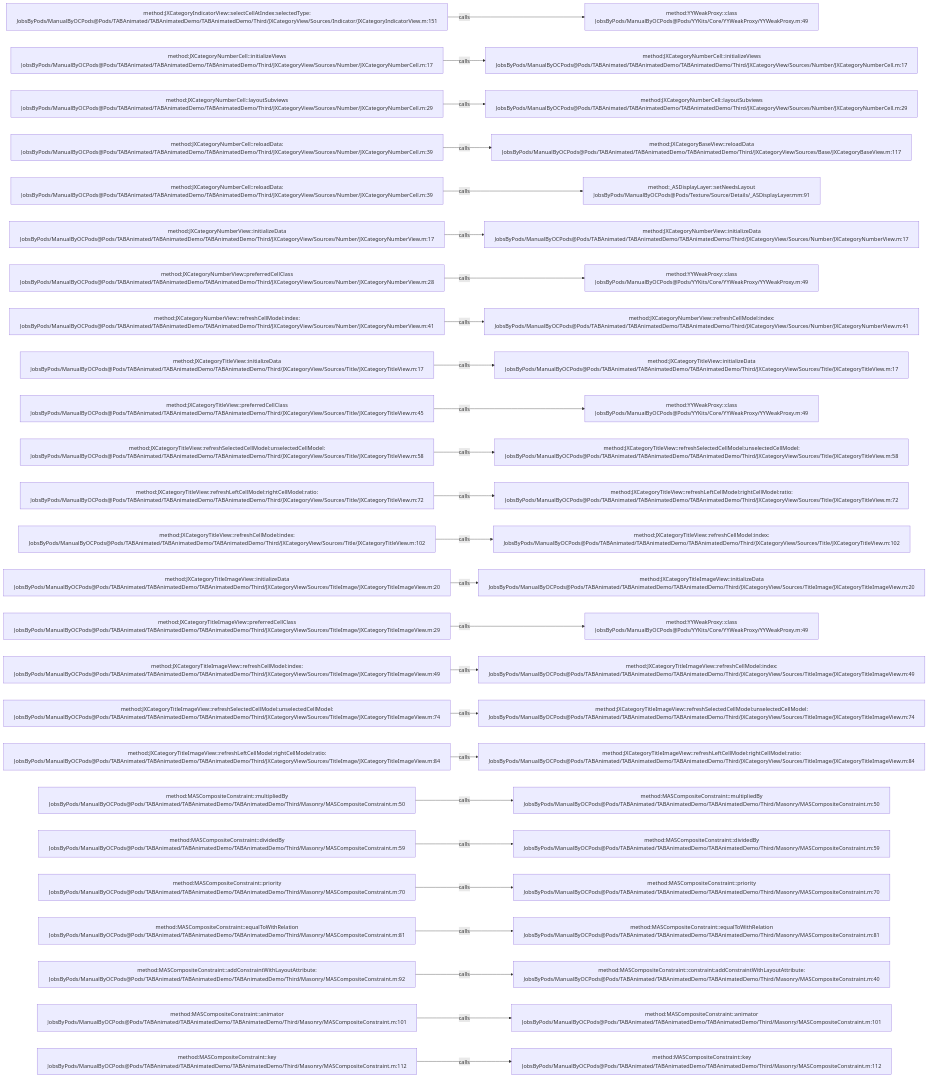
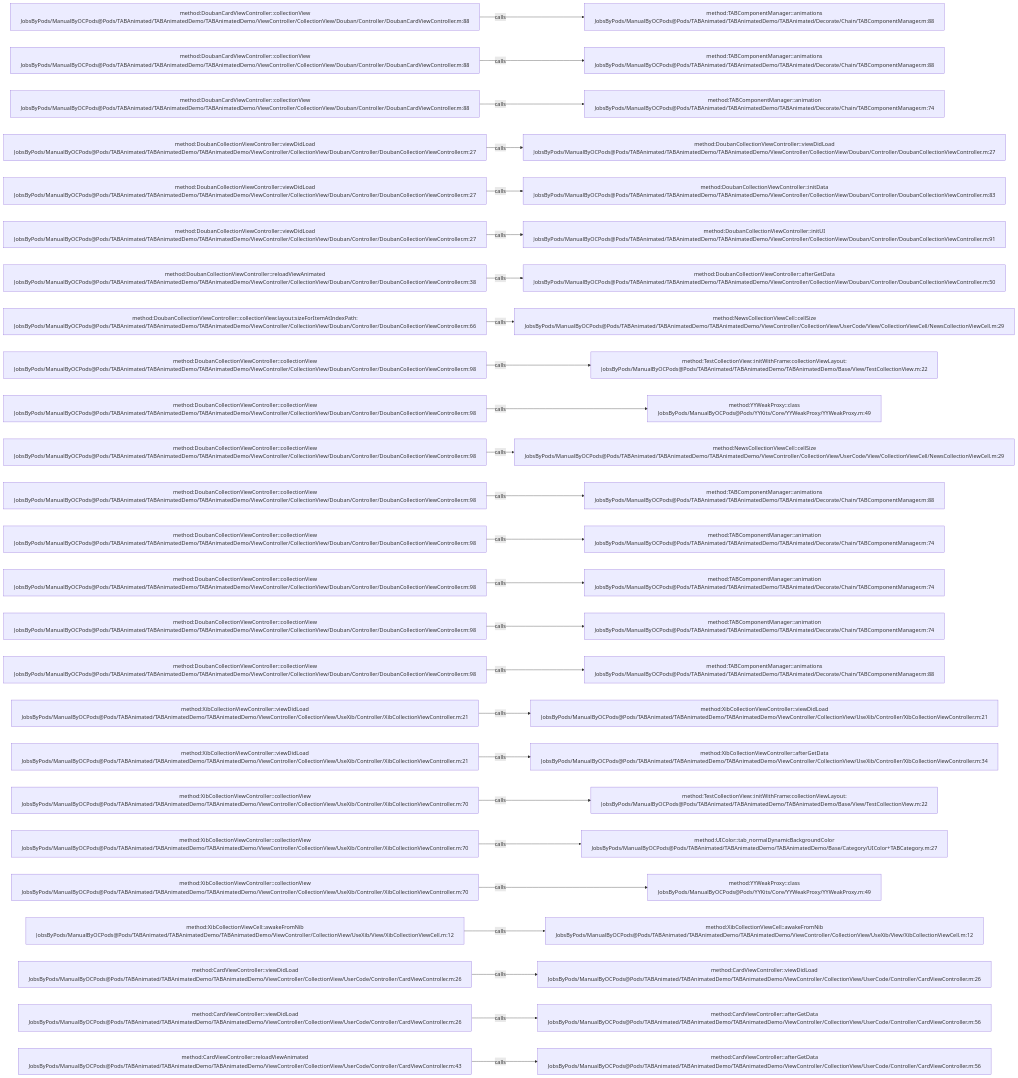
The diagram in .codegraph/codegraph.md/graphs/calls-041.md (JobsKits/JobsOCBaseConfigDemo), drawn with Mermaid before and after one commit. The commit also changed 1448 other files, not shown here.

````diff
--- a/.codegraph/codegraph.md/graphs/calls-041.md
+++ b/.codegraph/codegraph.md/graphs/calls-041.md
@@ -13,78 +13,78 @@
 ```mermaid
 flowchart LR
-  S1["method:JXCategoryIndicatorView::selectCellAtIndex:selectedType:<br/>JobsByPods/ManualByOCPods@Pods/TABAnimated/TABAnimatedDemo/TABAnimatedDemo/Third/JXCategoryView/Sources/Indicator/JXCategoryIndicatorView.m:151"]
-  T1["method:YYWeakProxy::class<br/>JobsByPods/ManualByOCPods@Pods/YYKits/Core/YYWeakProxy/YYWeakProxy.m:49"]
+  S1["method:DoubanCardViewController::collectionView<br/>JobsByPods/ManualByOCPods@Pods/TABAnimated/TABAnimatedDemo/TABAnimatedDemo/ViewController/CollectionView/Douban/Controller/DoubanCardViewController.m:88"]
+  T1["method:TABComponentManager::animations<br/>JobsByPods/ManualByOCPods@Pods/TABAnimated/TABAnimatedDemo/TABAnimated/Decorate/Chain/TABComponentManager.m:88"]
   S1 -->|calls| T1
-  S2["method:JXCategoryNumberCell::initializeViews<br/>JobsByPods/ManualByOCPods@Pods/TABAnimated/TABAnimatedDemo/TABAnimatedDemo/Third/JXCategoryView/Sources/Number/JXCategoryNumberCell.m:17"]
-  T2["method:JXCategoryNumberCell::initializeViews<br/>JobsByPods/ManualByOCPods@Pods/TABAnimated/TABAnimatedDemo/TABAnimatedDemo/Third/JXCategoryView/Sources/Number/JXCategoryNumberCell.m:17"]
+  S2["method:DoubanCardViewController::collectionView<br/>JobsByPods/ManualByOCPods@Pods/TABAnimated/TABAnimatedDemo/TABAnimatedDemo/ViewController/CollectionView/Douban/Controller/DoubanCardViewController.m:88"]
+  T2["method:TABComponentManager::animations<br/>JobsByPods/ManualByOCPods@Pods/TABAnimated/TABAnimatedDemo/TABAnimated/Decorate/Chain/TABComponentManager.m:88"]
   S2 -->|calls| T2
-  S3["method:JXCategoryNumberCell::layoutSubviews<br/>JobsByPods/ManualByOCPods@Pods/TABAnimated/TABAnimatedDemo/TABAnimatedDemo/Third/JXCategoryView/Sources/Number/JXCategoryNumberCell.m:29"]
-  T3["method:JXCategoryNumberCell::layoutSubviews<br/>JobsByPods/ManualByOCPods@Pods/TABAnimated/TABAnimatedDemo/TABAnimatedDemo/Third/JXCategoryView/Sources/Number/JXCategoryNumberCell.m:29"]
+  S3["method:DoubanCardViewController::collectionView<br/>JobsByPods/ManualByOCPods@Pods/TABAnimated/TABAnimatedDemo/TABAnimatedDemo/ViewController/CollectionView/Douban/Controller/DoubanCardViewController.m:88"]
+  T3["method:TABComponentManager::animation<br/>JobsByPods/ManualByOCPods@Pods/TABAnimated/TABAnimatedDemo/TABAnimated/Decorate/Chain/TABComponentManager.m:74"]
   S3 -->|calls| T3
-  S4["method:JXCategoryNumberCell::reloadData:<br/>JobsByPods/ManualByOCPods@Pods/TABAnimated/TABAnimatedDemo/TABAnimatedDemo/Third/JXCategoryView/Sources/Number/JXCategoryNumberCell.m:39"]
-  T4["method:JXCategoryBaseView::reloadData<br/>JobsByPods/ManualByOCPods@Pods/TABAnimated/TABAnimatedDemo/TABAnimatedDemo/Third/JXCategoryView/Sources/Base/JXCategoryBaseView.m:117"]
+  S4["method:DoubanCollectionViewController::viewDidLoad<br/>JobsByPods/ManualByOCPods@Pods/TABAnimated/TABAnimatedDemo/TABAnimatedDemo/ViewController/CollectionView/Douban/Controller/DoubanCollectionViewController.m:27"]
+  T4["method:DoubanCollectionViewController::viewDidLoad<br/>JobsByPods/ManualByOCPods@Pods/TABAnimated/TABAnimatedDemo/TABAnimatedDemo/ViewController/CollectionView/Douban/Controller/DoubanCollectionViewController.m:27"]
   S4 -->|calls| T4
-  S5["method:JXCategoryNumberCell::reloadData:<br/>JobsByPods/ManualByOCPods@Pods/TABAnimated/TABAnimatedDemo/TABAnimatedDemo/Third/JXCategoryView/Sources/Number/JXCategoryNumberCell.m:39"]
-  T5["method:_ASDisplayLayer::setNeedsLayout<br/>JobsByPods/ManualByOCPods@Pods/Texture/Source/Details/_ASDisplayLayer.mm:91"]
+  S5["method:DoubanCollectionViewController::viewDidLoad<br/>JobsByPods/ManualByOCPods@Pods/TABAnimated/TABAnimatedDemo/TABAnimatedDemo/ViewController/CollectionView/Douban/Controller/DoubanCollectionViewController.m:27"]
+  T5["method:DoubanCollectionViewController::initData<br/>JobsByPods/ManualByOCPods@Pods/TABAnimated/TABAnimatedDemo/TABAnimatedDemo/ViewController/CollectionView/Douban/Controller/DoubanCollectionViewController.m:83"]
   S5 -->|calls| T5
-  S6["method:JXCategoryNumberView::initializeData<br/>JobsByPods/ManualByOCPods@Pods/TABAnimated/TABAnimatedDemo/TABAnimatedDemo/Third/JXCategoryView/Sources/Number/JXCategoryNumberView.m:17"]
-  T6["method:JXCategoryNumberView::initializeData<br/>JobsByPods/ManualByOCPods@Pods/TABAnimated/TABAnimatedDemo/TABAnimatedDemo/Third/JXCategoryView/Sources/Number/JXCategoryNumberView.m:17"]
+  S6["method:DoubanCollectionViewController::viewDidLoad<br/>JobsByPods/ManualByOCPods@Pods/TABAnimated/TABAnimatedDemo/TABAnimatedDemo/ViewController/CollectionView/Douban/Controller/DoubanCollectionViewController.m:27"]
+  T6["method:DoubanCollectionViewController::initUI<br/>JobsByPods/ManualByOCPods@Pods/TABAnimated/TABAnimatedDemo/TABAnimatedDemo/ViewController/CollectionView/Douban/Controller/DoubanCollectionViewController.m:91"]
   S6 -->|calls| T6
-  S7["method:JXCategoryNumberView::preferredCellClass<br/>JobsByPods/ManualByOCPods@Pods/TABAnimated/TABAnimatedDemo/TABAnimatedDemo/Third/JXCategoryView/Sources/Number/JXCategoryNumberView.m:28"]
-  T7["method:YYWeakProxy::class<br/>JobsByPods/ManualByOCPods@Pods/YYKits/Core/YYWeakProxy/YYWeakProxy.m:49"]
+  S7["method:DoubanCollectionViewController::reloadViewAnimated<br/>JobsByPods/ManualByOCPods@Pods/TABAnimated/TABAnimatedDemo/TABAnimatedDemo/ViewController/CollectionView/Douban/Controller/DoubanCollectionViewController.m:38"]
+  T7["method:DoubanCollectionViewController::afterGetData<br/>JobsByPods/ManualByOCPods@Pods/TABAnimated/TABAnimatedDemo/TABAnimatedDemo/ViewController/CollectionView/Douban/Controller/DoubanCollectionViewController.m:50"]
   S7 -->|calls| T7
-  S8["method:JXCategoryNumberView::refreshCellModel:index:<br/>JobsByPods/ManualByOCPods@Pods/TABAnimated/TABAnimatedDemo/TABAnimatedDemo/Third/JXCategoryView/Sources/Number/JXCategoryNumberView.m:41"]
-  T8["method:JXCategoryNumberView::refreshCellModel:index:<br/>JobsByPods/ManualByOCPods@Pods/TABAnimated/TABAnimatedDemo/TABAnimatedDemo/Third/JXCategoryView/Sources/Number/JXCategoryNumberView.m:41"]
+  S8["method:DoubanCollectionViewController::collectionView:layout:sizeForItemAtIndexPath:<br/>JobsByPods/ManualByOCPods@Pods/TABAnimated/TABAnimatedDemo/TABAnimatedDemo/ViewController/CollectionView/Douban/Controller/DoubanCollectionViewController.m:66"]
+  T8["method:NewsCollectionViewCell::cellSize<br/>JobsByPods/ManualByOCPods@Pods/TABAnimated/TABAnimatedDemo/TABAnimatedDemo/ViewController/CollectionView/UserCode/View/CollectionViewCell/NewsCollectionViewCell.m:29"]
   S8 -->|calls| T8
-  S9["method:JXCategoryTitleView::initializeData<br/>JobsByPods/ManualByOCPods@Pods/TABAnimated/TABAnimatedDemo/TABAnimatedDemo/Third/JXCategoryView/Sources/Title/JXCategoryTitleView.m:17"]
-  T9["method:JXCategoryTitleView::initializeData<br/>JobsByPods/ManualByOCPods@Pods/TABAnimated/TABAnimatedDemo/TABAnimatedDemo/Third/JXCategoryView/Sources/Title/JXCategoryTitleView.m:17"]
+  S9["method:DoubanCollectionViewController::collectionView<br/>JobsByPods/ManualByOCPods@Pods/TABAnimated/TABAnimatedDemo/TABAnimatedDemo/ViewController/CollectionView/Douban/Controller/DoubanCollectionViewController.m:98"]
+  T9["method:TestCollectionView::initWithFrame:collectionViewLayout:<br/>JobsByPods/ManualByOCPods@Pods/TABAnimated/TABAnimatedDemo/TABAnimatedDemo/Base/View/TestCollectionView.m:22"]
   S9 -->|calls| T9
-  S10["method:JXCategoryTitleView::preferredCellClass<br/>JobsByPods/ManualByOCPods@Pods/TABAnimated/TABAnimatedDemo/TABAnimatedDemo/Third/JXCategoryView/Sources/Title/JXCategoryTitleView.m:45"]
+  S10["method:DoubanCollectionViewController::collectionView<br/>JobsByPods/ManualByOCPods@Pods/TABAnimated/TABAnimatedDemo/TABAnimatedDemo/ViewController/CollectionView/Douban/Controller/DoubanCollectionViewController.m:98"]
   T10["method:YYWeakProxy::class<br/>JobsByPods/ManualByOCPods@Pods/YYKits/Core/YYWeakProxy/YYWeakProxy.m:49"]
   S10 -->|calls| T10
-  S11["method:JXCategoryTitleView::refreshSelectedCellModel:unselectedCellModel:<br/>JobsByPods/ManualByOCPods@Pods/TABAnimated/TABAnimatedDemo/TABAnimatedDemo/Third/JXCategoryView/Sources/Title/JXCategoryTitleView.m:58"]
-  T11["method:JXCategoryTitleView::refreshSelectedCellModel:unselectedCellModel:<br/>JobsByPods/ManualByOCPods@Pods/TABAnimated/TABAnimatedDemo/TABAnimatedDemo/Third/JXCategoryView/Sources/Title/JXCategoryTitleView.m:58"]
+  S11["method:DoubanCollectionViewController::collectionView<br/>JobsByPods/ManualByOCPods@Pods/TABAnimated/TABAnimatedDemo/TABAnimatedDemo/ViewController/CollectionView/Douban/Controller/DoubanCollectionViewController.m:98"]
+  T11["method:NewsCollectionViewCell::cellSize<br/>JobsByPods/ManualByOCPods@Pods/TABAnimated/TABAnimatedDemo/TABAnimatedDemo/ViewController/CollectionView/UserCode/View/CollectionViewCell/NewsCollectionViewCell.m:29"]
   S11 -->|calls| T11
-  S12["method:JXCategoryTitleView::refreshLeftCellModel:rightCellModel:ratio:<br/>JobsByPods/ManualByOCPods@Pods/TABAnimated/TABAnimatedDemo/TABAnimatedDemo/Third/JXCategoryView/Sources/Title/JXCategoryTitleView.m:72"]
-  T12["method:JXCategoryTitleView::refreshLeftCellModel:rightCellModel:ratio:<br/>JobsByPods/ManualByOCPods@Pods/TABAnimated/TABAnimatedDemo/TABAnimatedDemo/Third/JXCategoryView/Sources/Title/JXCategoryTitleView.m:72"]
+  S12["method:DoubanCollectionViewController::collectionView<br/>JobsByPods/ManualByOCPods@Pods/TABAnimated/TABAnimatedDemo/TABAnimatedDemo/ViewController/CollectionView/Douban/Controller/DoubanCollectionViewController.m:98"]
+  T12["method:TABComponentManager::animations<br/>JobsByPods/ManualByOCPods@Pods/TABAnimated/TABAnimatedDemo/TABAnimated/Decorate/Chain/TABComponentManager.m:88"]
   S12 -->|calls| T12
-  S13["method:JXCategoryTitleView::refreshCellModel:index:<br/>JobsByPods/ManualByOCPods@Pods/TABAnimated/TABAnimatedDemo/TABAnimatedDemo/Third/JXCategoryView/Sources/Title/JXCategoryTitleView.m:102"]
-  T13["method:JXCategoryTitleView::refreshCellModel:index:<br/>JobsByPods/ManualByOCPods@Pods/TABAnimated/TABAnimatedDemo/TABAnimatedDemo/Third/JXCategoryView/Sources/Title/JXCategoryTitleView.m:102"]
+  S13["method:DoubanCollectionViewController::collectionView<br/>JobsByPods/ManualByOCPods@Pods/TABAnimated/TABAnimatedDemo/TABAnimatedDemo/ViewController/CollectionView/Douban/Controller/DoubanCollectionViewController.m:98"]
+  T13["method:TABComponentManager::animation<br/>JobsByPods/ManualByOCPods@Pods/TABAnimated/TABAnimatedDemo/TABAnimated/Decorate/Chain/TABComponentManager.m:74"]
   S13 -->|calls| T13
-  S14["method:JXCategoryTitleImageView::initializeData<br/>JobsByPods/ManualByOCPods@Pods/TABAnimated/TABAnimatedDemo/TABAnimatedDemo/Third/JXCategoryView/Sources/TitleImage/JXCategoryTitleImageView.m:20"]
-  T14["method:JXCategoryTitleImageView::initializeData<br/>JobsByPods/ManualByOCPods@Pods/TABAnimated/TABAnimatedDemo/TABAnimatedDemo/Third/JXCategoryView/Sources/TitleImage/JXCategoryTitleImageView.m:20"]
+  S14["method:DoubanCollectionViewController::collectionView<br/>JobsByPods/ManualByOCPods@Pods/TABAnimated/TABAnimatedDemo/TABAnimatedDemo/ViewController/CollectionView/Douban/Controller/DoubanCollectionViewController.m:98"]
+  T14["method:TABComponentManager::animation<br/>JobsByPods/ManualByOCPods@Pods/TABAnimated/TABAnimatedDemo/TABAnimated/Decorate/Chain/TABComponentManager.m:74"]
   S14 -->|calls| T14
-  S15["method:JXCategoryTitleImageView::preferredCellClass<br/>JobsByPods/ManualByOCPods@Pods/TABAnimated/TABAnimatedDemo/TABAnimatedDemo/Third/JXCategoryView/Sources/TitleImage/JXCategoryTitleImageView.m:29"]
-  T15["method:YYWeakProxy::class<br/>JobsByPods/ManualByOCPods@Pods/YYKits/Core/YYWeakProxy/YYWeakProxy.m:49"]
+  S15["method:DoubanCollectionViewController::collectionView<br/>JobsByPods/ManualByOCPods@Pods/TABAnimated/TABAnimatedDemo/TABAnimatedDemo/ViewController/CollectionView/Douban/Controller/DoubanCollectionViewController.m:98"]
+  T15["method:TABComponentManager::animation<br/>JobsByPods/ManualByOCPods@Pods/TABAnimated/TABAnimatedDemo/TABAnimated/Decorate/Chain/TABComponentManager.m:74"]
   S15 -->|calls| T15
-  S16["method:JXCategoryTitleImageView::refreshCellModel:index:<br/>JobsByPods/ManualByOCPods@Pods/TABAnimated/TABAnimatedDemo/TABAnimatedDemo/Third/JXCategoryView/Sources/TitleImage/JXCategoryTitleImageView.m:49"]
-  T16["method:JXCategoryTitleImageView::refreshCellModel:index:<br/>JobsByPods/ManualByOCPods@Pods/TABAnimated/TABAnimatedDemo/TABAnimatedDemo/Third/JXCategoryView/Sources/TitleImage/JXCategoryTitleImageView.m:49"]
+  S16["method:DoubanCollectionViewController::collectionView<br/>JobsByPods/ManualByOCPods@Pods/TABAnimated/TABAnimatedDemo/TABAnimatedDemo/ViewController/CollectionView/Douban/Controller/DoubanCollectionViewController.m:98"]
+  T16["method:TABComponentManager::animations<br/>JobsByPods/ManualByOCPods@Pods/TABAnimated/TABAnimatedDemo/TABAnimated/Decorate/Chain/TABComponentManager.m:88"]
   S16 -->|calls| T16
-  S17["method:JXCategoryTitleImageView::refreshSelectedCellModel:unselectedCellModel:<br/>JobsByPods/ManualByOCPods@Pods/TABAnimated/TABAnimatedDemo/TABAnimatedDemo/Third/JXCategoryView/Sources/TitleImage/JXCategoryTitleImageView.m:74"]
-  T17["method:JXCategoryTitleImageView::refreshSelectedCellModel:unselectedCellModel:<br/>JobsByPods/ManualByOCPods@Pods/TABAnimated/TABAnimatedDemo/TABAnimatedDemo/Third/JXCategoryView/Sources/TitleImage/JXCategoryTitleImageView.m:74"]
+  S17["method:XibCollectionViewController::viewDidLoad<br/>JobsByPods/ManualByOCPods@Pods/TABAnimated/TABAnimatedDemo/TABAnimatedDemo/ViewController/CollectionView/UseXib/Controller/XibCollectionViewController.m:21"]
+  T17["method:XibCollectionViewController::viewDidLoad<br/>JobsByPods/ManualByOCPods@Pods/TABAnimated/TABAnimatedDemo/TABAnimatedDemo/ViewController/CollectionView/UseXib/Controller/XibCollectionViewController.m:21"]
   S17 -->|calls| T17
-  S18["method:JXCategoryTitleImageView::refreshLeftCellModel:rightCellModel:ratio:<br/>JobsByPods/ManualByOCPods@Pods/TABAnimated/TABAnimatedDemo/TABAnimatedDemo/Third/JXCategoryView/Sources/TitleImage/JXCategoryTitleImageView.m:84"]
-  T18["method:JXCategoryTitleImageView::refreshLeftCellModel:rightCellModel:ratio:<br/>JobsByPods/ManualByOCPods@Pods/TABAnimated/TABAnimatedDemo/TABAnimatedDemo/Third/JXCategoryView/Sources/TitleImage/JXCategoryTitleImageView.m:84"]
+  S18["method:XibCollectionViewController::viewDidLoad<br/>JobsByPods/ManualByOCPods@Pods/TABAnimated/TABAnimatedDemo/TABAnimatedDemo/ViewController/CollectionView/UseXib/Controller/XibCollectionViewController.m:21"]
+  T18["method:XibCollectionViewController::afterGetData<br/>JobsByPods/ManualByOCPods@Pods/TABAnimated/TABAnimatedDemo/TABAnimatedDemo/ViewController/CollectionView/UseXib/Controller/XibCollectionViewController.m:34"]
   S18 -->|calls| T18
-  S19["method:MASCompositeConstraint::multipliedBy<br/>JobsByPods/ManualByOCPods@Pods/TABAnimated/TABAnimatedDemo/TABAnimatedDemo/Third/Masonry/MASCompositeConstraint.m:50"]
-  T19["method:MASCompositeConstraint::multipliedBy<br/>JobsByPods/ManualByOCPods@Pods/TABAnimated/TABAnimatedDemo/TABAnimatedDemo/Third/Masonry/MASCompositeConstraint.m:50"]
+  S19["method:XibCollectionViewController::collectionView<br/>JobsByPods/ManualByOCPods@Pods/TABAnimated/TABAnimatedDemo/TABAnimatedDemo/ViewController/CollectionView/UseXib/Controller/XibCollectionViewController.m:70"]
+  T19["method:TestCollectionView::initWithFrame:collectionViewLayout:<br/>JobsByPods/ManualByOCPods@Pods/TABAnimated/TABAnimatedDemo/TABAnimatedDemo/Base/View/TestCollectionView.m:22"]
   S19 -->|calls| T19
-  S20["method:MASCompositeConstraint::dividedBy<br/>JobsByPods/ManualByOCPods@Pods/TABAnimated/TABAnimatedDemo/TABAnimatedDemo/Third/Masonry/MASCompositeConstraint.m:59"]
-  T20["method:MASCompositeConstraint::dividedBy<br/>JobsByPods/ManualByOCPods@Pods/TABAnimated/TABAnimatedDemo/TABAnimatedDemo/Third/Masonry/MASCompositeConstraint.m:59"]
+  S20["method:XibCollectionViewController::collectionView<br/>JobsByPods/ManualByOCPods@Pods/TABAnimated/TABAnimatedDemo/TABAnimatedDemo/ViewController/CollectionView/UseXib/Controller/XibCollectionViewController.m:70"]
+  T20["method:UIColor::tab_normalDynamicBackgroundColor<br/>JobsByPods/ManualByOCPods@Pods/TABAnimated/TABAnimatedDemo/TABAnimatedDemo/Base/Category/UIColor+TABCategory.m:27"]
   S20 -->|calls| T20
-  S21["method:MASCompositeConstraint::priority<br/>JobsByPods/ManualByOCPods@Pods/TABAnimated/TABAnimatedDemo/TABAnimatedDemo/Third/Masonry/MASCompositeConstraint.m:70"]
-  T21["method:MASCompositeConstraint::priority<br/>JobsByPods/ManualByOCPods@Pods/TABAnimated/TABAnimatedDemo/TABAnimatedDemo/Third/Masonry/MASCompositeConstraint.m:70"]
+  S21["method:XibCollectionViewController::collectionView<br/>JobsByPods/ManualByOCPods@Pods/TABAnimated/TABAnimatedDemo/TABAnimatedDemo/ViewController/CollectionView/UseXib/Controller/XibCollectionViewController.m:70"]
+  T21["method:YYWeakProxy::class<br/>JobsByPods/ManualByOCPods@Pods/YYKits/Core/YYWeakProxy/YYWeakProxy.m:49"]
   S21 -->|calls| T21
-  S22["method:MASCompositeConstraint::equalToWithRelation<br/>JobsByPods/ManualByOCPods@Pods/TABAnimated/TABAnimatedDemo/TABAnimatedDemo/Third/Masonry/MASCompositeConstraint.m:81"]
-  T22["method:MASCompositeConstraint::equalToWithRelation<br/>JobsByPods/ManualByOCPods@Pods/TABAnimated/TABAnimatedDemo/TABAnimatedDemo/Third/Masonry/MASCompositeConstraint.m:81"]
+  S22["method:XibCollectionViewCell::awakeFromNib<br/>JobsByPods/ManualByOCPods@Pods/TABAnimated/TABAnimatedDemo/TABAnimatedDemo/ViewController/CollectionView/UseXib/View/XibCollectionViewCell.m:12"]
+  T22["method:XibCollectionViewCell::awakeFromNib<br/>JobsByPods/ManualByOCPods@Pods/TABAnimated/TABAnimatedDemo/TABAnimatedDemo/ViewController/CollectionView/UseXib/View/XibCollectionViewCell.m:12"]
   S22 -->|calls| T22
-  S23["method:MASCompositeConstraint::addConstraintWithLayoutAttribute:<br/>JobsByPods/ManualByOCPods@Pods/TABAnimated/TABAnimatedDemo/TABAnimatedDemo/Third/Masonry/MASCompositeConstraint.m:92"]
-  T23["method:MASCompositeConstraint::constraint:addConstraintWithLayoutAttribute:<br/>JobsByPods/ManualByOCPods@Pods/TABAnimated/TABAnimatedDemo/TABAnimatedDemo/Third/Masonry/MASCompositeConstraint.m:40"]
+  S23["method:CardViewController::viewDidLoad<br/>JobsByPods/ManualByOCPods@Pods/TABAnimated/TABAnimatedDemo/TABAnimatedDemo/ViewController/CollectionView/UserCode/Controller/CardViewController.m:26"]
+  T23["method:CardViewController::viewDidLoad<br/>JobsByPods/ManualByOCPods@Pods/TABAnimated/TABAnimatedDemo/TABAnimatedDemo/ViewController/CollectionView/UserCode/Controller/CardViewController.m:26"]
   S23 -->|calls| T23
-  S24["method:MASCompositeConstraint::animator<br/>JobsByPods/ManualByOCPods@Pods/TABAnimated/TABAnimatedDemo/TABAnimatedDemo/Third/Masonry/MASCompositeConstraint.m:101"]
-  T24["method:MASCompositeConstraint::animator<br/>JobsByPods/ManualByOCPods@Pods/TABAnimated/TABAnimatedDemo/TABAnimatedDemo/Third/Masonry/MASCompositeConstraint.m:101"]
+  S24["method:CardViewController::viewDidLoad<br/>JobsByPods/ManualByOCPods@Pods/TABAnimated/TABAnimatedDemo/TABAnimatedDemo/ViewController/CollectionView/UserCode/Controller/CardViewController.m:26"]
+  T24["method:CardViewController::afterGetData<br/>JobsByPods/ManualByOCPods@Pods/TABAnimated/TABAnimatedDemo/TABAnimatedDemo/ViewController/CollectionView/UserCode/Controller/CardViewController.m:56"]
   S24 -->|calls| T24
-  S25["method:MASCompositeConstraint::key<br/>JobsByPods/ManualByOCPods@Pods/TABAnimated/TABAnimatedDemo/TABAnimatedDemo/Third/Masonry/MASCompositeConstraint.m:112"]
-  T25["method:MASCompositeConstraint::key<br/>JobsByPods/ManualByOCPods@Pods/TABAnimated/TABAnimatedDemo/TABAnimatedDemo/Third/Masonry/MASCompositeConstraint.m:112"]
+  S25["method:CardViewController::reloadViewAnimated<br/>JobsByPods/ManualByOCPods@Pods/TABAnimated/TABAnimatedDemo/TABAnimatedDemo/ViewController/CollectionView/UserCode/Controller/CardViewController.m:43"]
+  T25["method:CardViewController::afterGetData<br/>JobsByPods/ManualByOCPods@Pods/TABAnimated/TABAnimatedDemo/TABAnimatedDemo/ViewController/CollectionView/UserCode/Controller/CardViewController.m:56"]
   S25 -->|calls| T25
 ```
````
